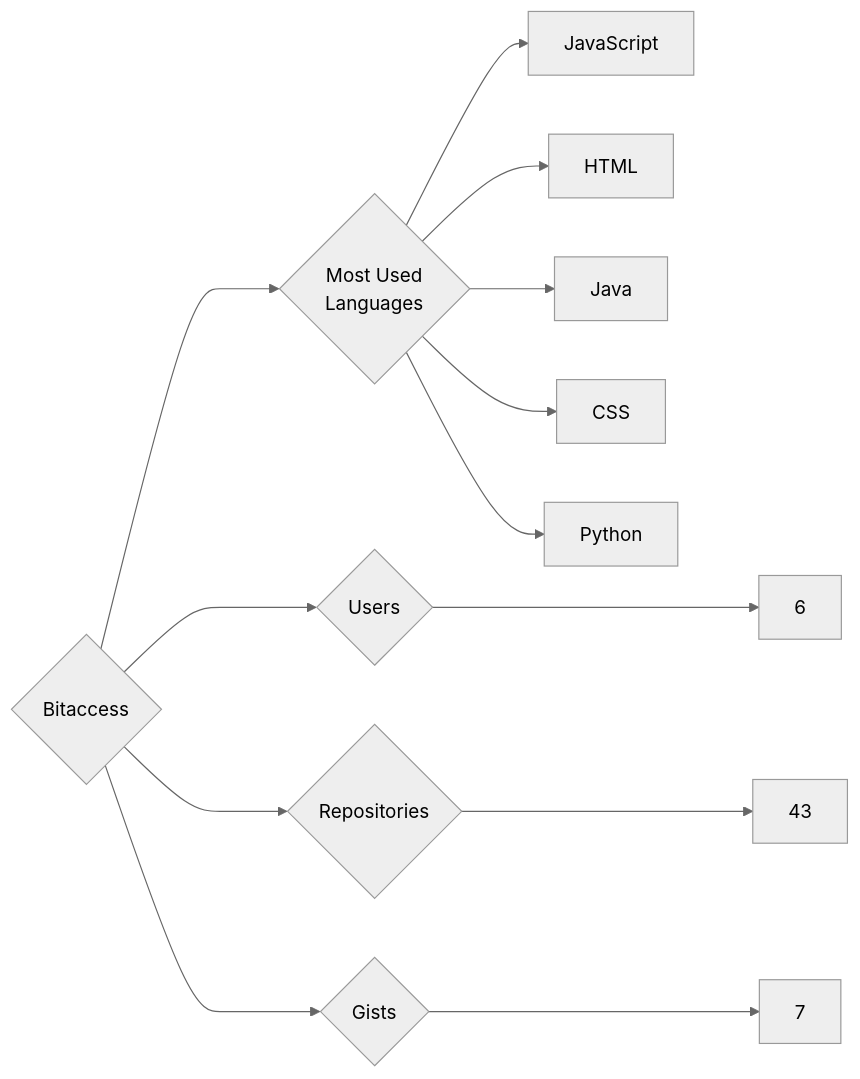
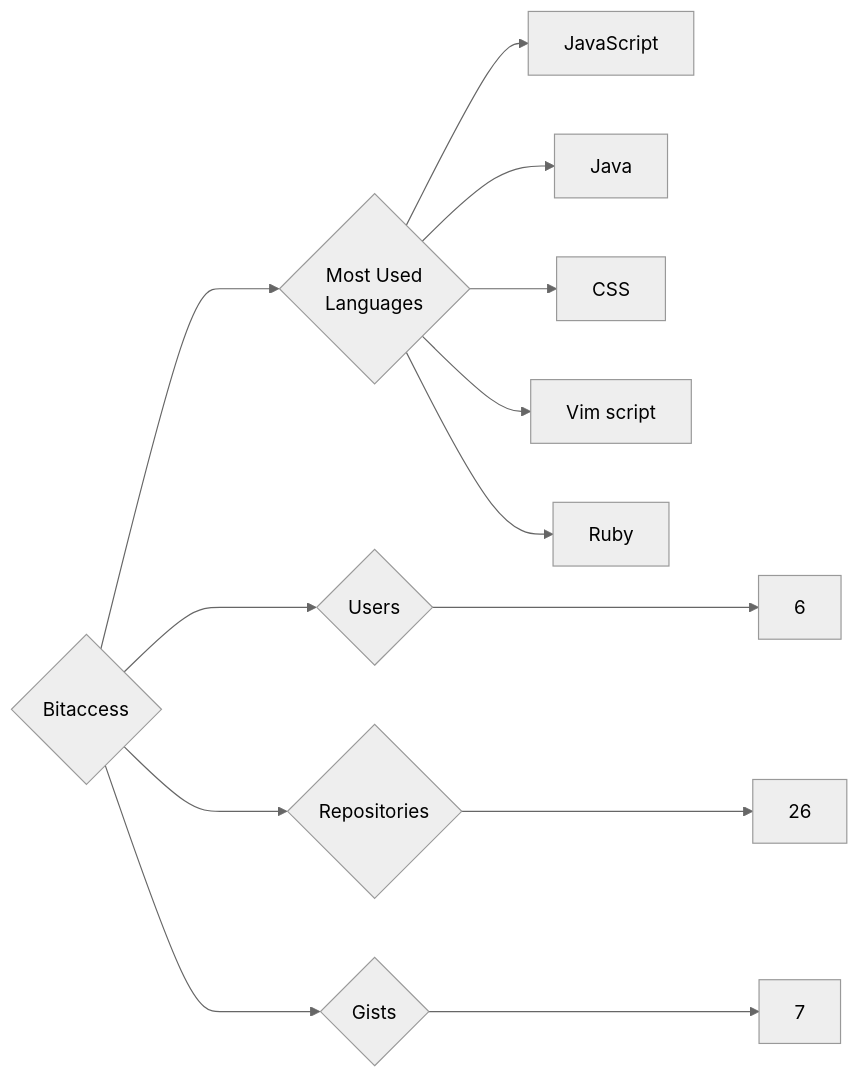
The diagram in targets/Bitaccess/README.md (trickest/insiders), drawn with Mermaid (neutral theme) before and after one commit. The commit also changed 965 other files, not shown here.

````diff
--- a/targets/Bitaccess/README.md
+++ b/targets/Bitaccess/README.md
@@ -3,13 +3,13 @@
 ```mermaid
 graph LR
 COMPANY_NAME{Bitaccess}
 COMPANY_NAME ---> U{Users} ---> UN[6]
-COMPANY_NAME ---> R{Repositories} ---> RN[43]
+COMPANY_NAME ---> R{Repositories} ---> RN[26]
 COMPANY_NAME ---> G{Gists} ---> GN[7]
 COMPANY_NAME ---> ML{Most Used<br>Languages}
 ML --> JavaScript[JavaScript]
-ML --> HTML[HTML]
 ML --> Java[Java]
 ML --> CSS[CSS]
-ML --> Python[Python]
+ML --> Vim_script[Vim script]
+ML --> Ruby[Ruby]
 ```
````
